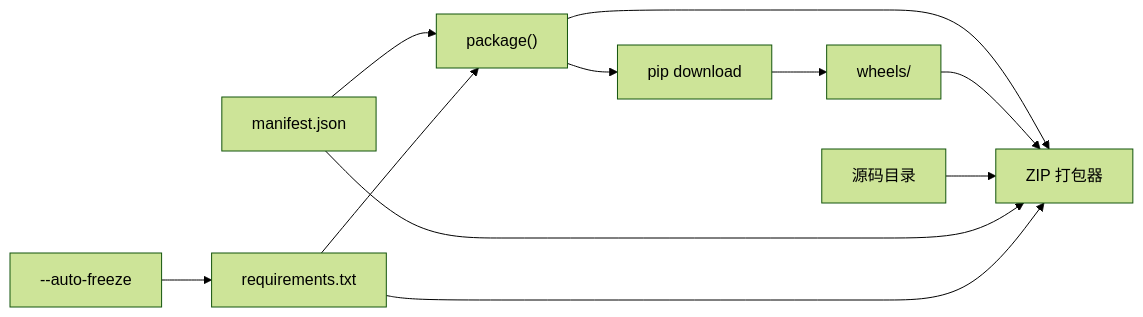
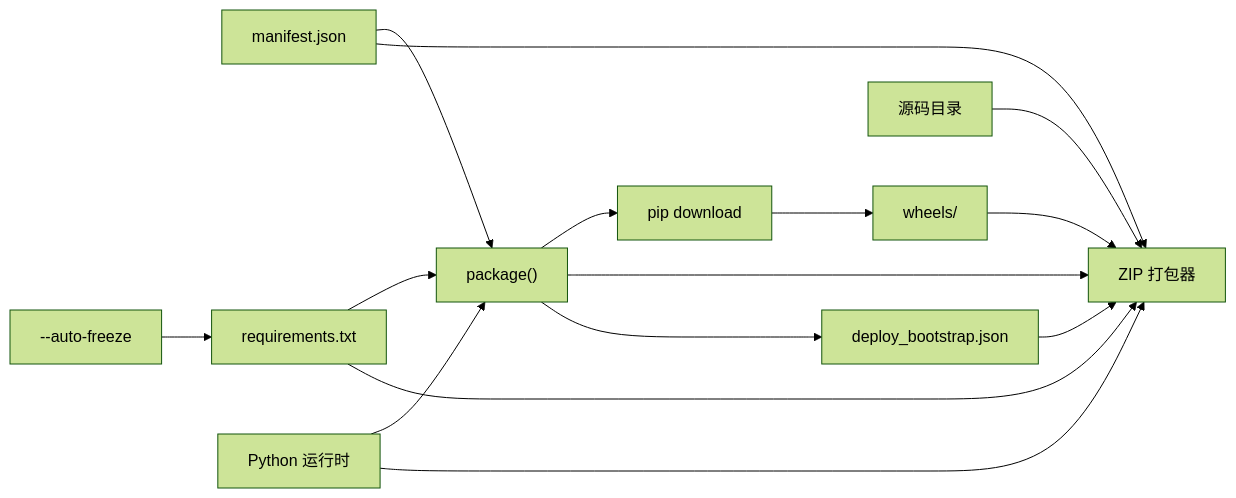
Before and after one commit to knifecaojia/procvision_sdk: the third of 3 diagrams in .qoder/repowiki/zh/content/CLI工具参考/package 命令.md, drawn with Mermaid (forest theme). The commit also changed other lines of this file and 3 other files, not shown here.

````diff
--- a/.qoder/repowiki/zh/content/CLI工具参考/package 命令.md
+++ b/.qoder/repowiki/zh/content/CLI工具参考/package 命令.md
@@ -212,13 +301,17 @@
 ```mermaid
 graph LR
 MF["manifest.json"] --> P["package()"]
 REQ["requirements.txt"] --> P
 AF["--auto-freeze"] --> REQ
 P --> DL["pip download"]
 DL --> W["wheels/"]
 P --> Z["ZIP 打包器"]
 W --> Z
 SRC["源码目录"] --> Z
 MF --> Z
 REQ --> Z
+RT["Python 运行时"] --> P
+P --> BS["deploy_bootstrap.json"]
+BS --> Z
+RT --> Z
 ```
````
